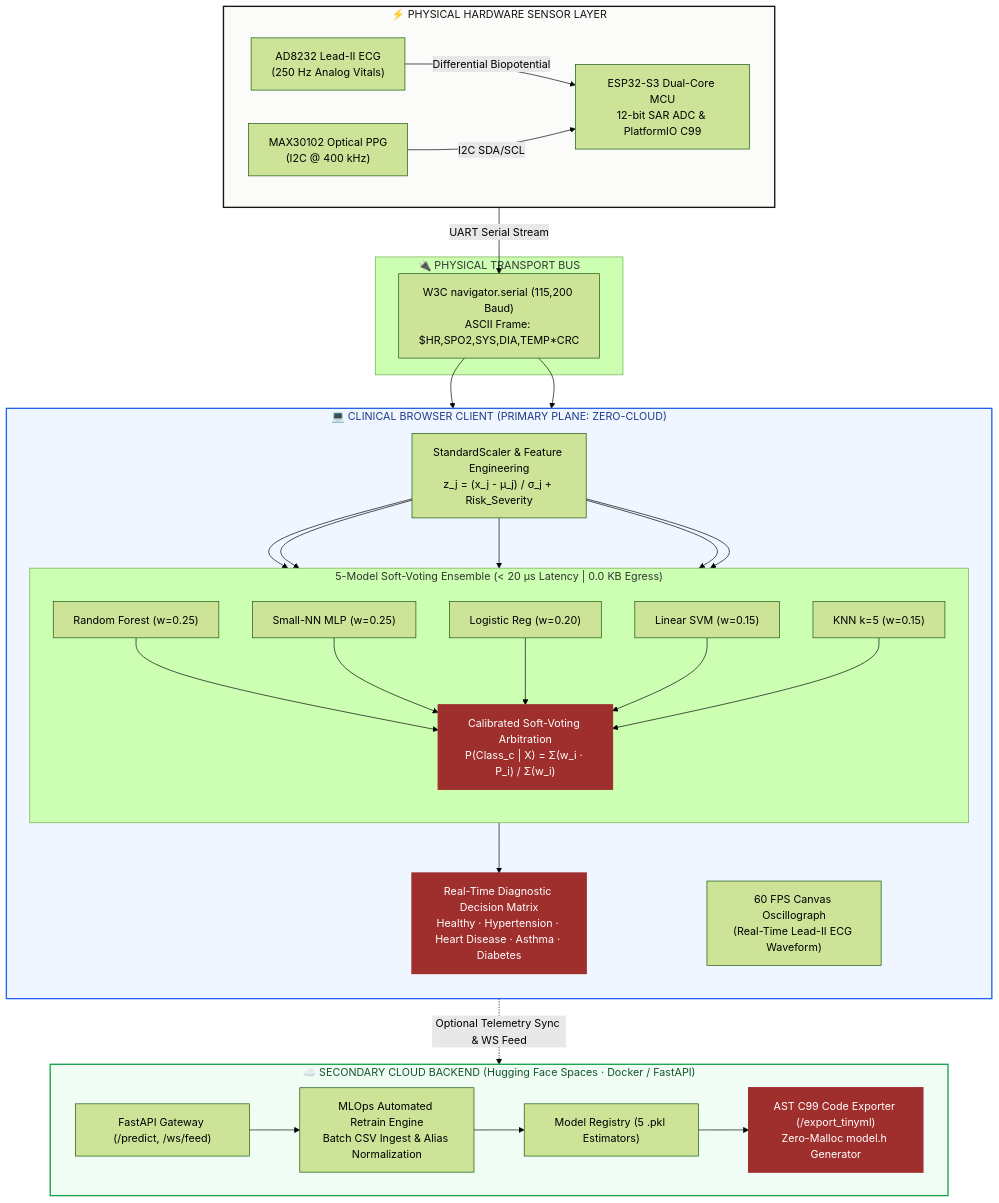
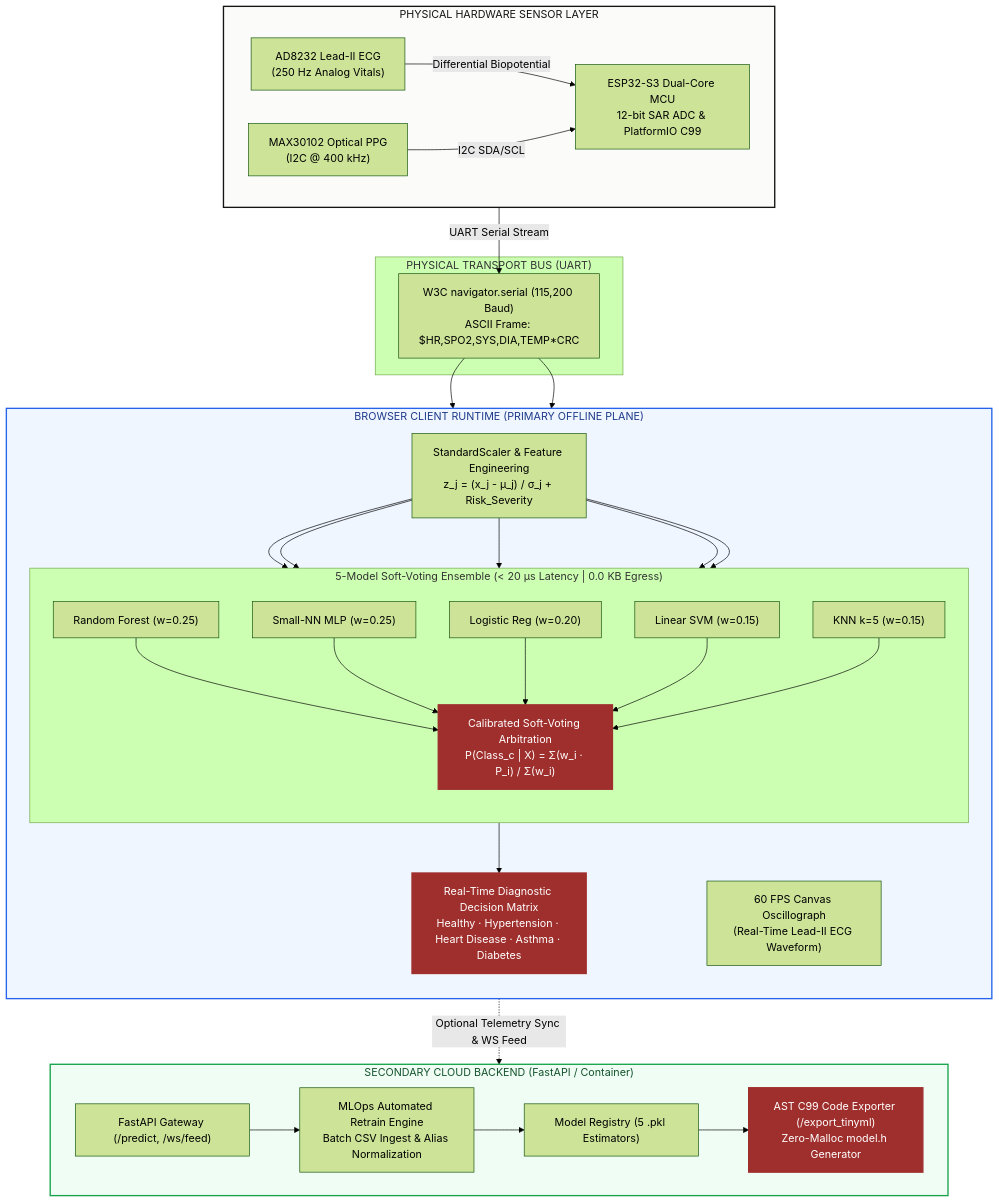
Before and after one commit to rachit-mangawa/HEARTFLOW_OS: the first of 4 diagrams in ARCHITECTURE.md, drawn with Mermaid (forest theme). The commit also changed other lines of this file and 14 other files, not shown here.

Commit message:
docs: formalize technical architecture specifications and harden security and resilience

````diff
--- a/ARCHITECTURE.md
+++ b/ARCHITECTURE.md
@@ -98,69 +76,69 @@
 ```mermaid
 flowchart TB
-    subgraph HW["⚡ PHYSICAL HARDWARE SENSOR LAYER"]
+    subgraph HW["PHYSICAL HARDWARE SENSOR LAYER"]
         direction LR
         ECG["AD8232 Lead-II ECG<br/>(250 Hz Analog Vitals)"]
         PPG["MAX30102 Optical PPG<br/>(I2C @ 400 kHz)"]
         MCU["ESP32-S3 Dual-Core MCU<br/>12-bit SAR ADC & PlatformIO C99"]
         ECG -->|Differential Biopotential| MCU
         PPG -->|I2C SDA/SCL| MCU
     end
 
-    subgraph SERIAL["🔌 PHYSICAL TRANSPORT BUS"]
+    subgraph SERIAL["PHYSICAL TRANSPORT BUS (UART)"]
         UART["W3C navigator.serial (115,200 Baud)<br/>ASCII Frame: $HR,SPO2,SYS,DIA,TEMP*CRC"]
     end
 
-    subgraph CLIENT["💻 CLINICAL BROWSER CLIENT (PRIMARY PLANE: ZERO-CLOUD)"]
+    subgraph CLIENT["BROWSER CLIENT RUNTIME (PRIMARY OFFLINE PLANE)"]
         direction TB
         OSC["60 FPS Canvas Oscillograph<br/>(Real-Time Lead-II ECG Waveform)"]
         PRE["StandardScaler & Feature Engineering<br/>z_j = (x_j - μ_j) / σ_j + Risk_Severity"]
         
         subgraph ENSEMBLE["5-Model Soft-Voting Ensemble (< 20 µs Latency | 0.0 KB Egress)"]
             direction TB
             RF["Random Forest (w=0.25)"]
             MLP["Small-NN MLP (w=0.25)"]
             LOG["Logistic Reg (w=0.20)"]
             SVM["Linear SVM (w=0.15)"]
             KNN["KNN k=5 (w=0.15)"]
             VOTE["Calibrated Soft-Voting Arbitration<br/>P(Class_c | X) = Σ(w_i · P_i) / Σ(w_i)"]
             
             RF --> VOTE
             MLP --> VOTE
             LOG --> VOTE
             SVM --> VOTE
             KNN --> VOTE
         end
         
         DIAG["Real-Time Diagnostic Decision Matrix<br/>Healthy · Hypertension · Heart Disease · Asthma · Diabetes"]
         
         PRE --> RF
         PRE --> MLP
         PRE --> LOG
         PRE --> SVM
         PRE --> KNN
         VOTE --> DIAG
     end
 
-    subgraph CLOUD["☁️ SECONDARY CLOUD BACKEND (Hugging Face Spaces · Docker / FastAPI)"]
+    subgraph CLOUD["SECONDARY CLOUD BACKEND (FastAPI / Container)"]
         direction LR
         REST["FastAPI Gateway (/predict, /ws/feed)"] --> MLOPS["MLOps Automated Retrain Engine<br/>Batch CSV Ingest & Alias Normalization"]
         MLOPS --> REG["Model Registry (5 .pkl Estimators)"]
         REG --> C99["AST C99 Code Exporter (/export_tinyml)<br/>Zero-Malloc model.h Generator"]
     end
 
     HW -->|UART Serial Stream| UART
     UART --> OSC
     UART --> PRE
     
     DIAG -.->|Optional Telemetry Sync & WS Feed| REST
 
     classDef primary fill:#FBFBFA,stroke:#141413,stroke-width:2px,color:#141413;
     classDef accent fill:#9F2F2D,stroke:#9F2F2D,stroke-width:2px,color:#ffffff;
     classDef edgeBox fill:#EFF6FF,stroke:#2563EB,stroke-width:2px,color:#1E3A8A;
     classDef cloudBox fill:#F0FDF4,stroke:#16A34A,stroke-width:2px,color:#14532D;
     
     class HW primary;
     class CLIENT edgeBox;
     class CLOUD cloudBox;
     class DIAG,C99,VOTE accent;
 ```
````
